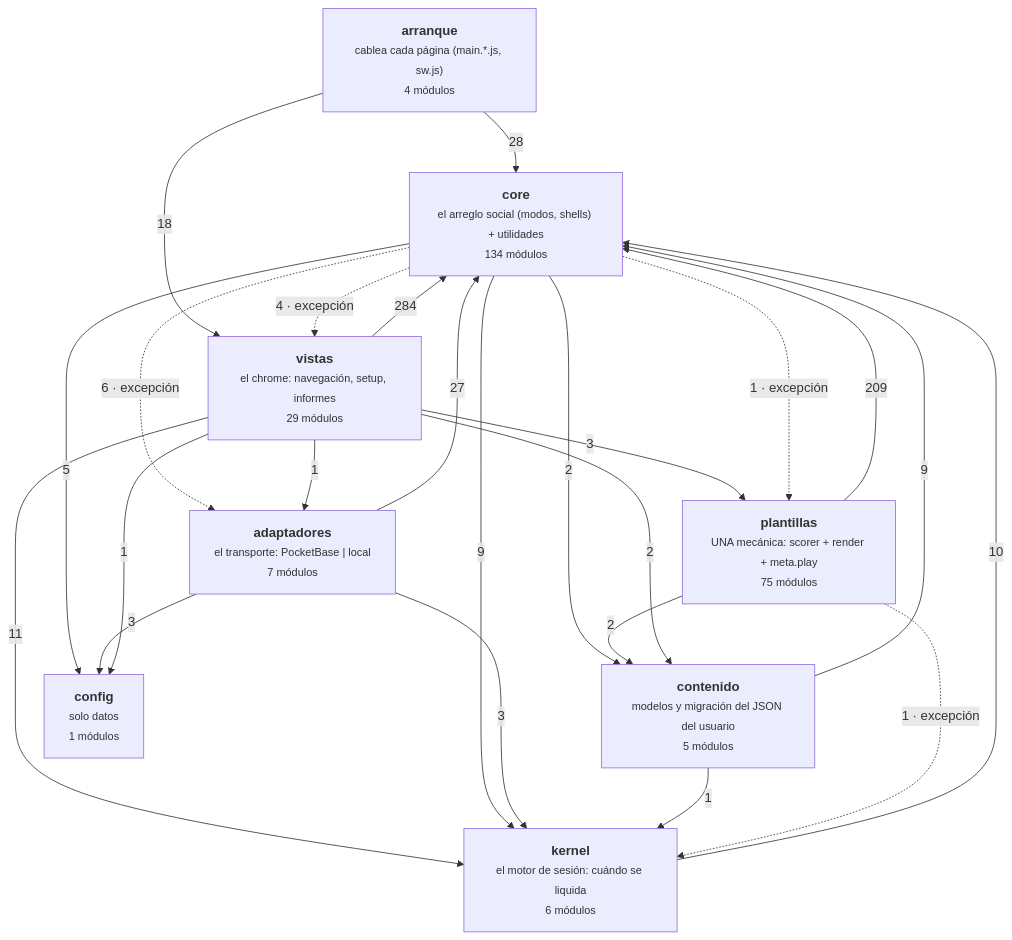
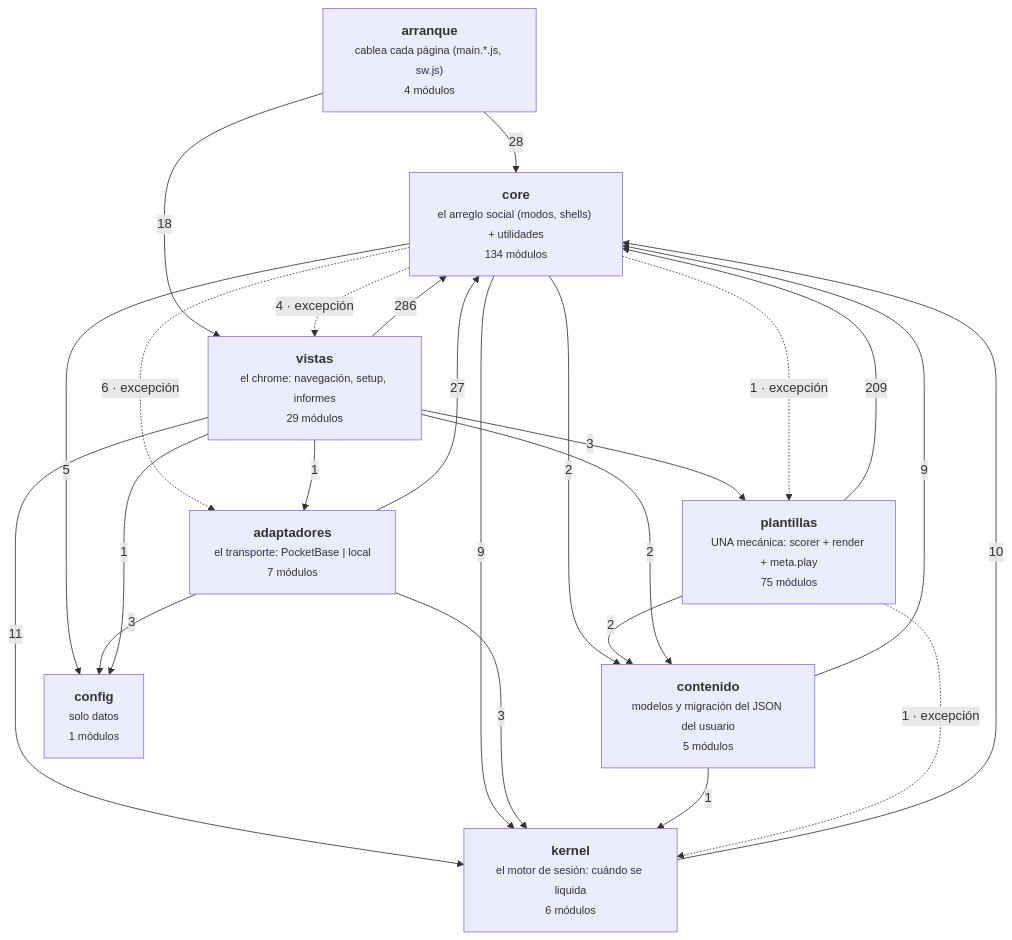
The diagram in docs/arquitectura-modulos.md (duecaz/ac), drawn with Mermaid before and after one commit. The commit also changed other lines of this file and 11 other files, not shown here.

````diff
--- a/docs/arquitectura-modulos.md
+++ b/docs/arquitectura-modulos.md
@@ -56,34 +56,34 @@
 ```mermaid
 graph TD
   A["<b>arranque</b><br/><small>cablea cada página (main.*.js, sw.js)</small><br/><small>4 módulos</small>"]
   V["<b>vistas</b><br/><small>el chrome: navegación, setup, informes</small><br/><small>29 módulos</small>"]
   AD["<b>adaptadores</b><br/><small>el transporte: PocketBase | local</small><br/><small>7 módulos</small>"]
   C["<b>core</b><br/><small>el arreglo social (modos, shells) + utilidades</small><br/><small>134 módulos</small>"]
   K["<b>kernel</b><br/><small>el motor de sesión: cuándo se liquida</small><br/><small>6 módulos</small>"]
   T["<b>plantillas</b><br/><small>UNA mecánica: scorer + render + meta.play</small><br/><small>75 módulos</small>"]
   CO["<b>contenido</b><br/><small>modelos y migración del JSON del usuario</small><br/><small>5 módulos</small>"]
   CF["<b>config</b><br/><small>solo datos</small><br/><small>1 módulos</small>"]
-  V -->|284| C
+  V -->|286| C
   T -->|209| C
   A -->|28| C
   AD -->|27| C
   A -->|18| V
   V -->|11| K
   K -->|10| C
   C -->|9| K
   CO -->|9| C
   C -.->|6 · excepción| AD
   C -->|5| CF
   C -.->|4 · excepción| V
   AD -->|3| CF
   AD -->|3| K
   V -->|3| T
   C -->|2| CO
   T -->|2| CO
   V -->|2| CO
   C -.->|1 · excepción| T
   CO -->|1| K
   T -.->|1 · excepción| K
   V -->|1| AD
   V -->|1| CF
 ```
````
